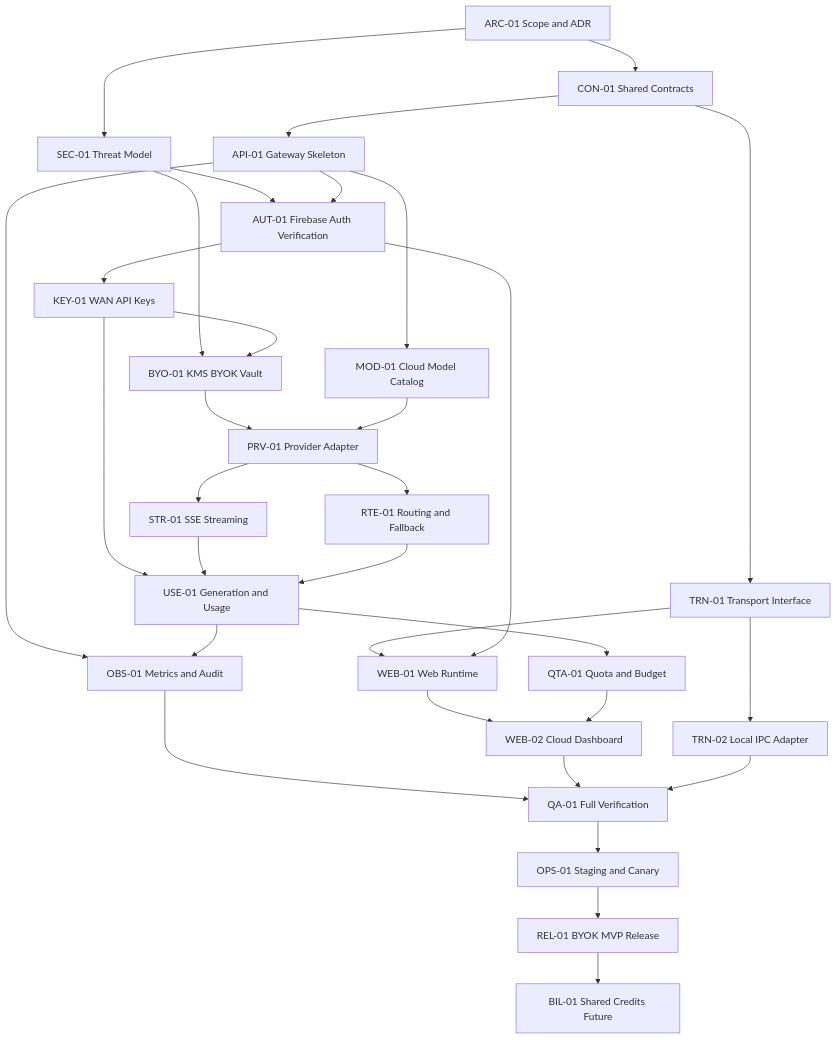
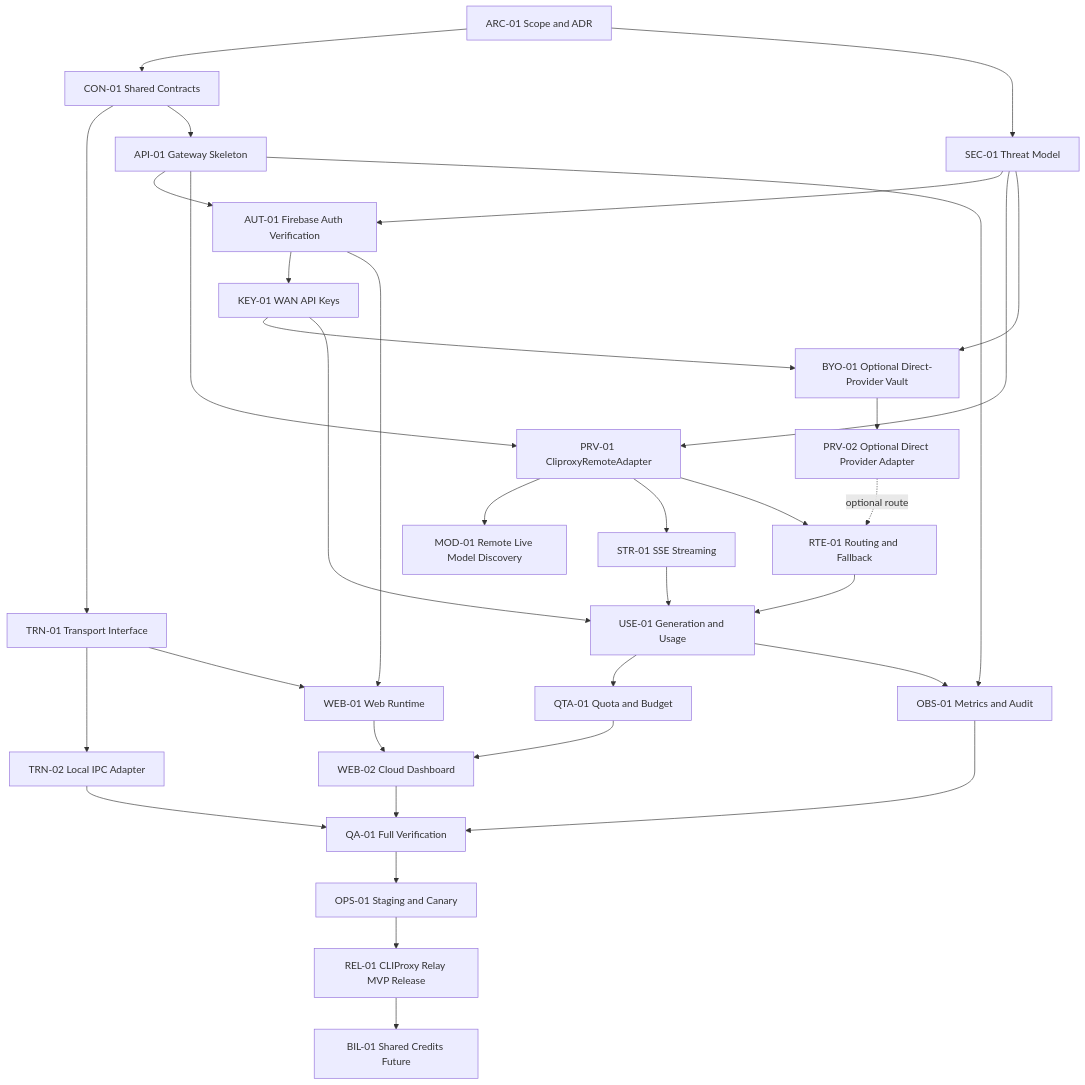
One commit to setiyawan12/WAN-SUPER-APP changed the third of 3 diagrams in modules/cliproxy/HANDBOOK-WAN-ROUTER-CLOUD.md. Above: the diagram before and after it, drawn with Mermaid. The commit also changed other lines of this file and 134 other files, not shown here.

````diff
--- a/modules/cliproxy/HANDBOOK-WAN-ROUTER-CLOUD.md
+++ b/modules/cliproxy/HANDBOOK-WAN-ROUTER-CLOUD.md
@@ -1229,40 +1442,42 @@
 ```mermaid
 flowchart TD
     ARC01[ARC-01 Scope and ADR] --> CON01[CON-01 Shared Contracts]
     ARC01 --> SEC01[SEC-01 Threat Model]
 
     CON01 --> TRN01[TRN-01 Transport Interface]
     TRN01 --> TRN02[TRN-02 Local IPC Adapter]
     TRN01 --> WEB01[WEB-01 Web Runtime]
 
     CON01 --> API01[API-01 Gateway Skeleton]
     SEC01 --> AUT01[AUT-01 Firebase Auth Verification]
     API01 --> AUT01
     AUT01 --> KEY01[KEY-01 WAN API Keys]
-    SEC01 --> BYO01[BYO-01 KMS BYOK Vault]
-    KEY01 --> BYO01
-
-    API01 --> MOD01[MOD-01 Cloud Model Catalog]
-    BYO01 --> PRV01[PRV-01 Provider Adapter]
-    MOD01 --> PRV01
+    SEC01 --> PRV01[PRV-01 CliproxyRemoteAdapter]
+    API01 --> PRV01
+    PRV01 --> MOD01[MOD-01 Remote Live Model Discovery]
     PRV01 --> STR01[STR-01 SSE Streaming]
     PRV01 --> RTE01[RTE-01 Routing and Fallback]
+
+    SEC01 --> BYO01[BYO-01 Optional Direct-Provider Vault]
+    KEY01 --> BYO01
+    BYO01 --> PRV02[PRV-02 Optional Direct Provider Adapter]
+    PRV02 -. optional route .-> RTE01
 
     KEY01 --> USE01[USE-01 Generation and Usage]
     STR01 --> USE01
     RTE01 --> USE01
     USE01 --> QTA01[QTA-01 Quota and Budget]
 
     AUT01 --> WEB01
     WEB01 --> WEB02[WEB-02 Cloud Dashboard]
     QTA01 --> WEB02
 
     API01 --> OBS01[OBS-01 Metrics and Audit]
     USE01 --> OBS01
     OBS01 --> QA01[QA-01 Full Verification]
     WEB02 --> QA01
     TRN02 --> QA01
     QA01 --> OPS01[OPS-01 Staging and Canary]
-    OPS01 --> REL01[REL-01 BYOK MVP Release]
+    OPS01 --> REL01[REL-01 CLIProxy Relay MVP Release]
     REL01 --> BIL01[BIL-01 Shared Credits Future]
 ```
````
